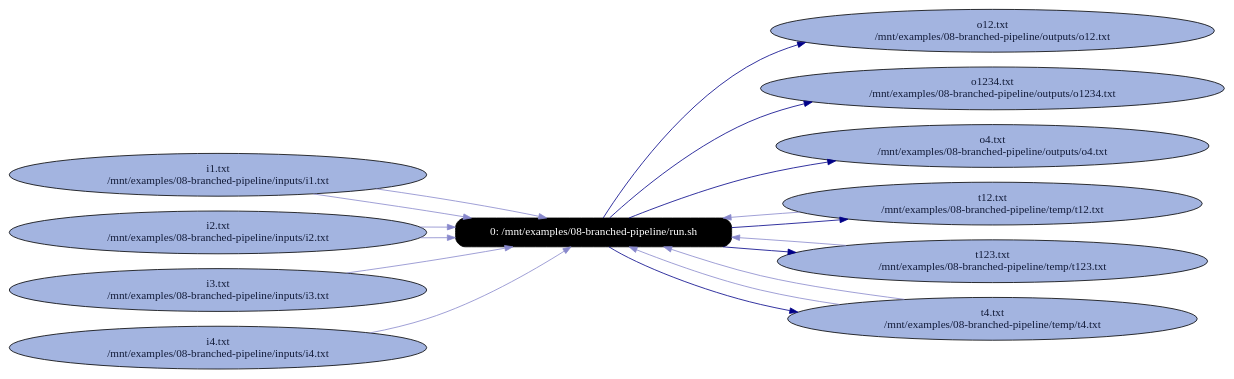
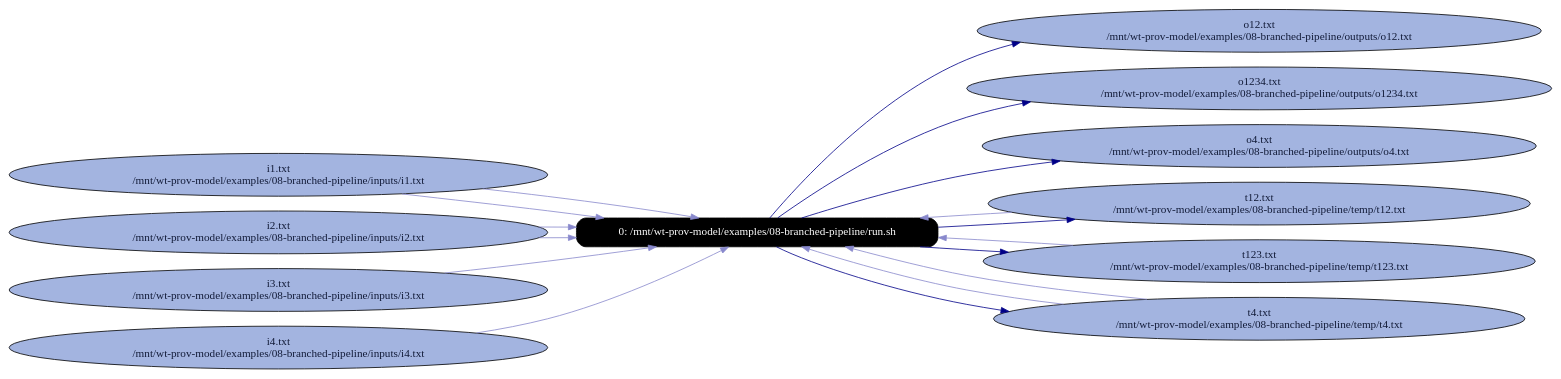
One commit to CIRSS/cpr changed the diagram in examples/08-branched-pipeline/graphs/rpz_A_run_with_input_and_output_files.dot. Above: the diagram before and after it, drawn with Graphviz. The commit also changed 106 other files, not shown here.

```diff
--- a/examples/08-branched-pipeline/graphs/rpz_A_run_with_input_and_output_files.dot
+++ b/examples/08-branched-pipeline/graphs/rpz_A_run_with_input_and_output_files.dot
@@ -1,38 +1,38 @@
 digraph G {
     rankdir=LR;
 
     /* programs */
     node [shape=box fontcolor=white fillcolor=black style="filled,rounded"];
-    run0 [label="0: /mnt/examples/08-branched-pipeline/run.sh"];
+    run0 [label="0: /mnt/wt-prov-model/examples/08-branched-pipeline/run.sh"];
 
     node [shape=ellipse fontcolor="#131C39" fillcolor="#C9D2ED"];
 
     /* other files */
-    "/mnt/examples/08-branched-pipeline/inputs/i1.txt" [fillcolor="#A3B4E0", label="i1.txt\n/mnt/examples/08-branched-pipeline/inputs/i1.txt"];
-    "/mnt/examples/08-branched-pipeline/inputs/i2.txt" [fillcolor="#A3B4E0", label="i2.txt\n/mnt/examples/08-branched-pipeline/inputs/i2.txt"];
-    "/mnt/examples/08-branched-pipeline/inputs/i3.txt" [fillcolor="#A3B4E0", label="i3.txt\n/mnt/examples/08-branched-pipeline/inputs/i3.txt"];
-    "/mnt/examples/08-branched-pipeline/inputs/i4.txt" [fillcolor="#A3B4E0", label="i4.txt\n/mnt/examples/08-branched-pipeline/inputs/i4.txt"];
-    "/mnt/examples/08-branched-pipeline/outputs/o12.txt" [fillcolor="#A3B4E0", label="o12.txt\n/mnt/examples/08-branched-pipeline/outputs/o12.txt"];
-    "/mnt/examples/08-branched-pipeline/outputs/o1234.txt" [fillcolor="#A3B4E0", label="o1234.txt\n/mnt/examples/08-branched-pipeline/outputs/o1234.txt"];
-    "/mnt/examples/08-branched-pipeline/outputs/o4.txt" [fillcolor="#A3B4E0", label="o4.txt\n/mnt/examples/08-branched-pipeline/outputs/o4.txt"];
-    "/mnt/examples/08-branched-pipeline/temp/t12.txt" [fillcolor="#A3B4E0", label="t12.txt\n/mnt/examples/08-branched-pipeline/temp/t12.txt"];
-    "/mnt/examples/08-branched-pipeline/temp/t123.txt" [fillcolor="#A3B4E0", label="t123.txt\n/mnt/examples/08-branched-pipeline/temp/t123.txt"];
-    "/mnt/examples/08-branched-pipeline/temp/t4.txt" [fillcolor="#A3B4E0", label="t4.txt\n/mnt/examples/08-branched-pipeline/temp/t4.txt"];
+    "/mnt/wt-prov-model/examples/08-branched-pipeline/inputs/i1.txt" [fillcolor="#A3B4E0", label="i1.txt\n/mnt/wt-prov-model/examples/08-branched-pipeline/inputs/i1.txt"];
+    "/mnt/wt-prov-model/examples/08-branched-pipeline/inputs/i2.txt" [fillcolor="#A3B4E0", label="i2.txt\n/mnt/wt-prov-model/examples/08-branched-pipeline/inputs/i2.txt"];
+    "/mnt/wt-prov-model/examples/08-branched-pipeline/inputs/i3.txt" [fillcolor="#A3B4E0", label="i3.txt\n/mnt/wt-prov-model/examples/08-branched-pipeline/inputs/i3.txt"];
+    "/mnt/wt-prov-model/examples/08-branched-pipeline/inputs/i4.txt" [fillcolor="#A3B4E0", label="i4.txt\n/mnt/wt-prov-model/examples/08-branched-pipeline/inputs/i4.txt"];
+    "/mnt/wt-prov-model/examples/08-branched-pipeline/outputs/o12.txt" [fillcolor="#A3B4E0", label="o12.txt\n/mnt/wt-prov-model/examples/08-branched-pipeline/outputs/o12.txt"];
+    "/mnt/wt-prov-model/examples/08-branched-pipeline/outputs/o1234.txt" [fillcolor="#A3B4E0", label="o1234.txt\n/mnt/wt-prov-model/examples/08-branched-pipeline/outputs/o1234.txt"];
+    "/mnt/wt-prov-model/examples/08-branched-pipeline/outputs/o4.txt" [fillcolor="#A3B4E0", label="o4.txt\n/mnt/wt-prov-model/examples/08-branched-pipeline/outputs/o4.txt"];
+    "/mnt/wt-prov-model/examples/08-branched-pipeline/temp/t12.txt" [fillcolor="#A3B4E0", label="t12.txt\n/mnt/wt-prov-model/examples/08-branched-pipeline/temp/t12.txt"];
+    "/mnt/wt-prov-model/examples/08-branched-pipeline/temp/t123.txt" [fillcolor="#A3B4E0", label="t123.txt\n/mnt/wt-prov-model/examples/08-branched-pipeline/temp/t123.txt"];
+    "/mnt/wt-prov-model/examples/08-branched-pipeline/temp/t4.txt" [fillcolor="#A3B4E0", label="t4.txt\n/mnt/wt-prov-model/examples/08-branched-pipeline/temp/t4.txt"];
 
-    run0 -> "/mnt/examples/08-branched-pipeline/temp/t12.txt" [color="#000088"];
-    "/mnt/examples/08-branched-pipeline/inputs/i1.txt" -> run0 [color="#8888CC"];
-    "/mnt/examples/08-branched-pipeline/inputs/i2.txt" -> run0 [color="#8888CC"];
-    run0 -> "/mnt/examples/08-branched-pipeline/temp/t123.txt" [color="#000088"];
-    "/mnt/examples/08-branched-pipeline/inputs/i1.txt" -> run0 [color="#8888CC"];
-    "/mnt/examples/08-branched-pipeline/inputs/i2.txt" -> run0 [color="#8888CC"];
-    "/mnt/examples/08-branched-pipeline/inputs/i3.txt" -> run0 [color="#8888CC"];
-    run0 -> "/mnt/examples/08-branched-pipeline/temp/t4.txt" [color="#000088"];
-    "/mnt/examples/08-branched-pipeline/inputs/i4.txt" -> run0 [color="#8888CC"];
-    run0 -> "/mnt/examples/08-branched-pipeline/outputs/o12.txt" [color="#000088"];
-    "/mnt/examples/08-branched-pipeline/temp/t12.txt" -> run0 [color="#8888CC"];
-    run0 -> "/mnt/examples/08-branched-pipeline/outputs/o1234.txt" [color="#000088"];
-    "/mnt/examples/08-branched-pipeline/temp/t123.txt" -> run0 [color="#8888CC"];
-    "/mnt/examples/08-branched-pipeline/temp/t4.txt" -> run0 [color="#8888CC"];
-    run0 -> "/mnt/examples/08-branched-pipeline/outputs/o4.txt" [color="#000088"];
-    "/mnt/examples/08-branched-pipeline/temp/t4.txt" -> run0 [color="#8888CC"];
+    run0 -> "/mnt/wt-prov-model/examples/08-branched-pipeline/temp/t12.txt" [color="#000088"];
+    "/mnt/wt-prov-model/examples/08-branched-pipeline/inputs/i1.txt" -> run0 [color="#8888CC"];
+    "/mnt/wt-prov-model/examples/08-branched-pipeline/inputs/i2.txt" -> run0 [color="#8888CC"];
+    run0 -> "/mnt/wt-prov-model/examples/08-branched-pipeline/temp/t123.txt" [color="#000088"];
+    "/mnt/wt-prov-model/examples/08-branched-pipeline/inputs/i1.txt" -> run0 [color="#8888CC"];
+    "/mnt/wt-prov-model/examples/08-branched-pipeline/inputs/i2.txt" -> run0 [color="#8888CC"];
+    "/mnt/wt-prov-model/examples/08-branched-pipeline/inputs/i3.txt" -> run0 [color="#8888CC"];
+    run0 -> "/mnt/wt-prov-model/examples/08-branched-pipeline/temp/t4.txt" [color="#000088"];
+    "/mnt/wt-prov-model/examples/08-branched-pipeline/inputs/i4.txt" -> run0 [color="#8888CC"];
+    run0 -> "/mnt/wt-prov-model/examples/08-branched-pipeline/outputs/o12.txt" [color="#000088"];
+    "/mnt/wt-prov-model/examples/08-branched-pipeline/temp/t12.txt" -> run0 [color="#8888CC"];
+    run0 -> "/mnt/wt-prov-model/examples/08-branched-pipeline/outputs/o1234.txt" [color="#000088"];
+    "/mnt/wt-prov-model/examples/08-branched-pipeline/temp/t123.txt" -> run0 [color="#8888CC"];
+    "/mnt/wt-prov-model/examples/08-branched-pipeline/temp/t4.txt" -> run0 [color="#8888CC"];
+    run0 -> "/mnt/wt-prov-model/examples/08-branched-pipeline/outputs/o4.txt" [color="#000088"];
+    "/mnt/wt-prov-model/examples/08-branched-pipeline/temp/t4.txt" -> run0 [color="#8888CC"];
 }
```
